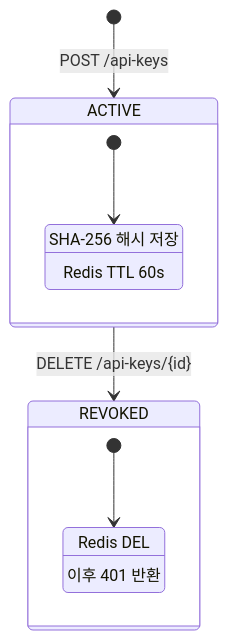
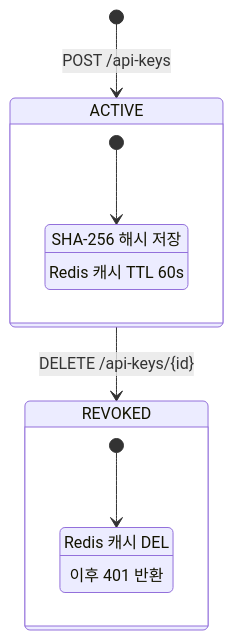
One commit to S-Onix/queue-platform changed the third of 3 diagrams in doc/STATE.md. Above: the diagram before and after it, drawn with Mermaid. The commit also changed other lines of this file and 4 other files, not shown here.

````diff
--- a/doc/STATE.md
+++ b/doc/STATE.md
@@ -52,18 +101,17 @@
 ```mermaid
 stateDiagram-v2
     [*] --> ACTIVE : POST /api-keys
-
     ACTIVE --> REVOKED : DELETE /api-keys/{id}
 
     state ACTIVE {
-        [*] --> 정상운영
-        정상운영 : SHA-256 해시 저장
-        정상운영 : Redis TTL 60s
+        [*] --> normal
+        normal : SHA-256 해시 저장
+        normal : Redis 캐시 TTL 60s
     }
 
     state REVOKED {
-        [*] --> 즉시무효화
-        즉시무효화 : Redis DEL
-        즉시무효화 : 이후 401 반환
+        [*] --> invalid
+        invalid : Redis 캐시 DEL
+        invalid : 이후 401 반환
     }
 ```
````
